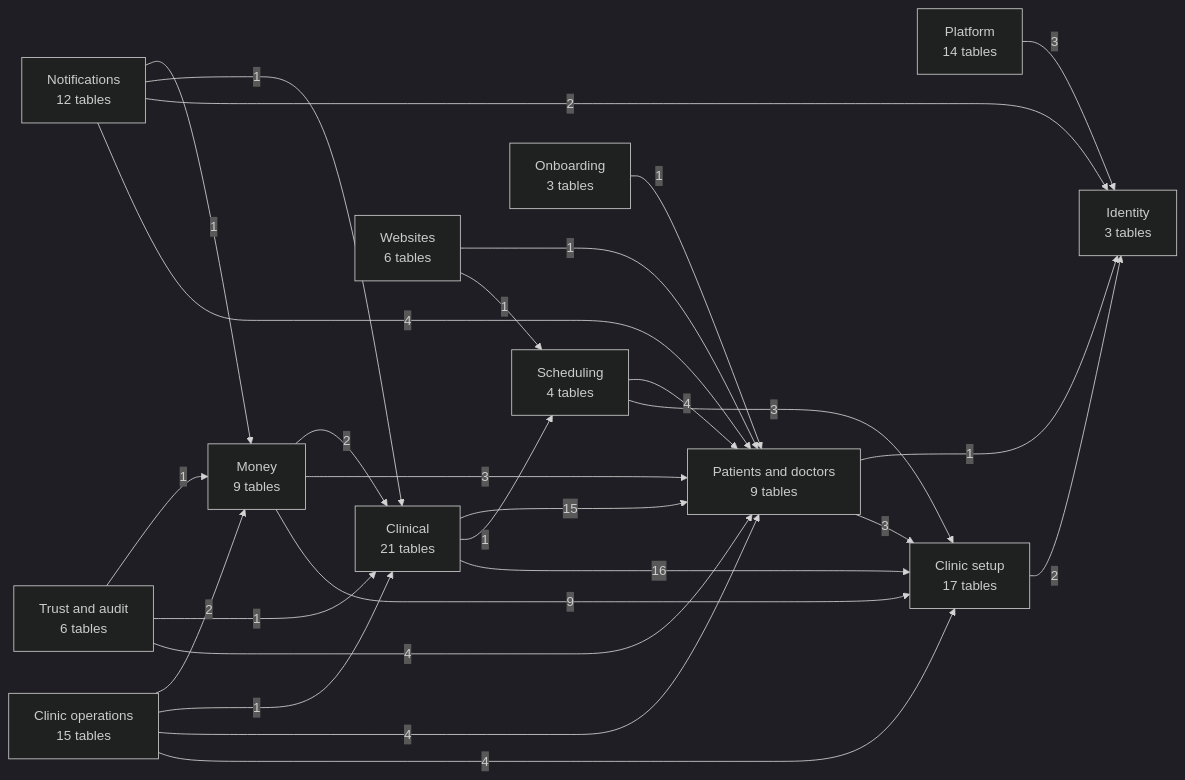
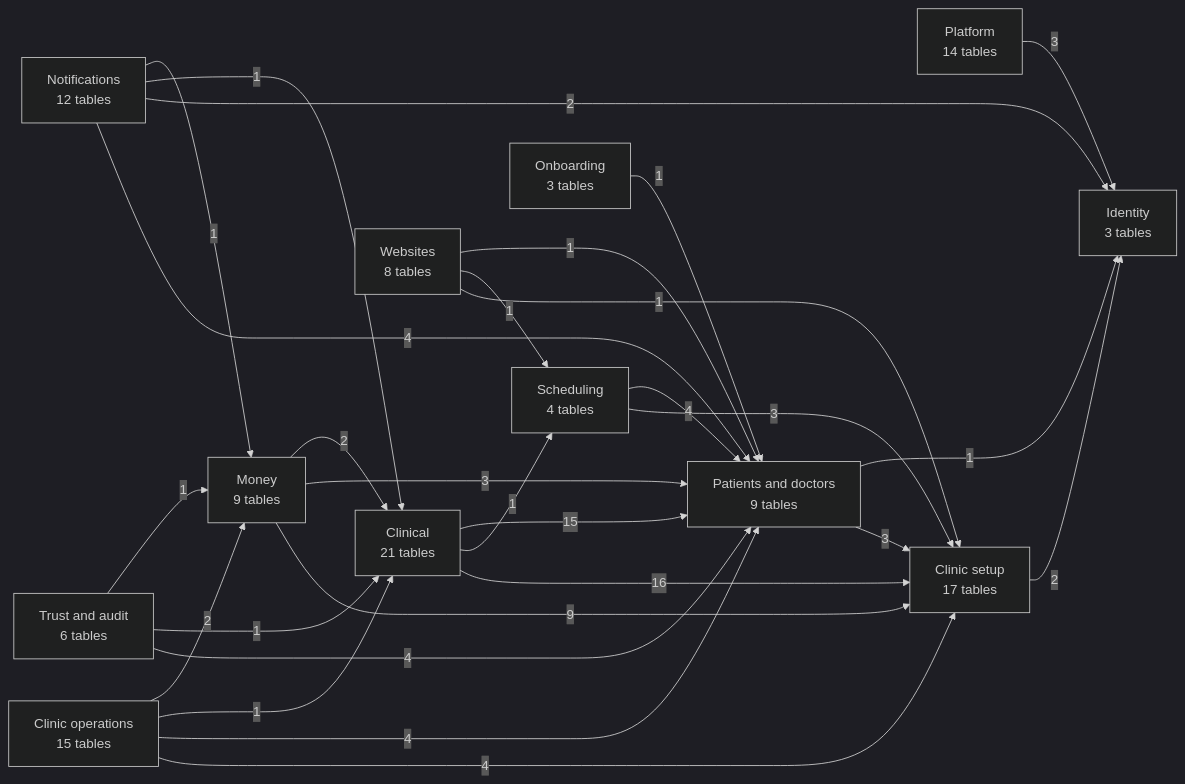
Before and after one commit to sakalyatechnologies/aarogyam: the first of 13 diagrams in docs/database.md, drawn with Mermaid (dark theme). The commit also changed other lines of this file and 28 other files, not shown here.

````diff
--- a/docs/database.md
+++ b/docs/database.md
@@ -27,41 +27,42 @@
 ```mermaid
 flowchart LR
   platform["Platform<br/>14 tables"]
   iam["Identity<br/>3 tables"]
   tenancy["Clinic setup<br/>17 tables"]
   people["Patients and doctors<br/>9 tables"]
   scheduling["Scheduling<br/>4 tables"]
   clinical["Clinical<br/>21 tables"]
   ops["Clinic operations<br/>15 tables"]
   billing["Money<br/>9 tables"]
   notify["Notifications<br/>12 tables"]
-  web["Websites<br/>6 tables"]
+  web["Websites<br/>8 tables"]
   trust["Trust and audit<br/>6 tables"]
   onboarding["Onboarding<br/>3 tables"]
   billing -->|2| clinical
   billing -->|3| people
   billing -->|9| tenancy
   clinical -->|15| people
   clinical -->|1| scheduling
   clinical -->|16| tenancy
   notify -->|1| billing
   notify -->|1| clinical
   notify -->|2| iam
   notify -->|4| people
   onboarding -->|1| people
   ops -->|2| billing
   ops -->|1| clinical
   ops -->|4| people
   ops -->|4| tenancy
   people -->|1| iam
   people -->|3| tenancy
   platform -->|3| iam
   scheduling -->|4| people
   scheduling -->|3| tenancy
   tenancy -->|2| iam
   trust -->|1| billing
   trust -->|1| clinical
   trust -->|4| people
   web -->|1| people
   web -->|1| scheduling
+  web -->|1| tenancy
 ```
````
